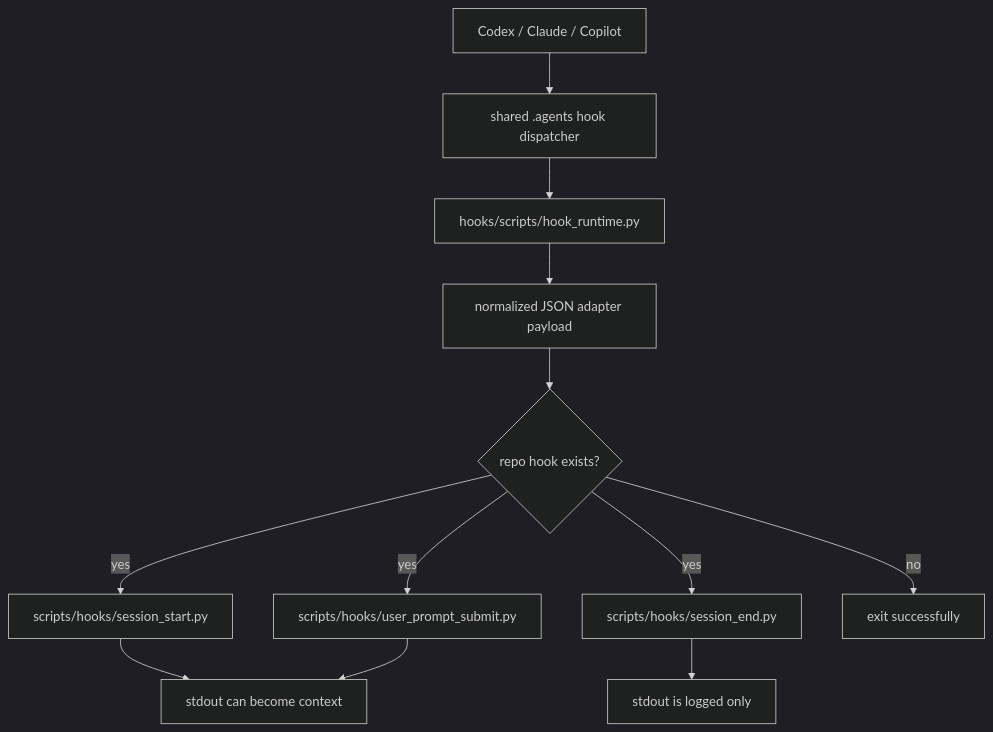
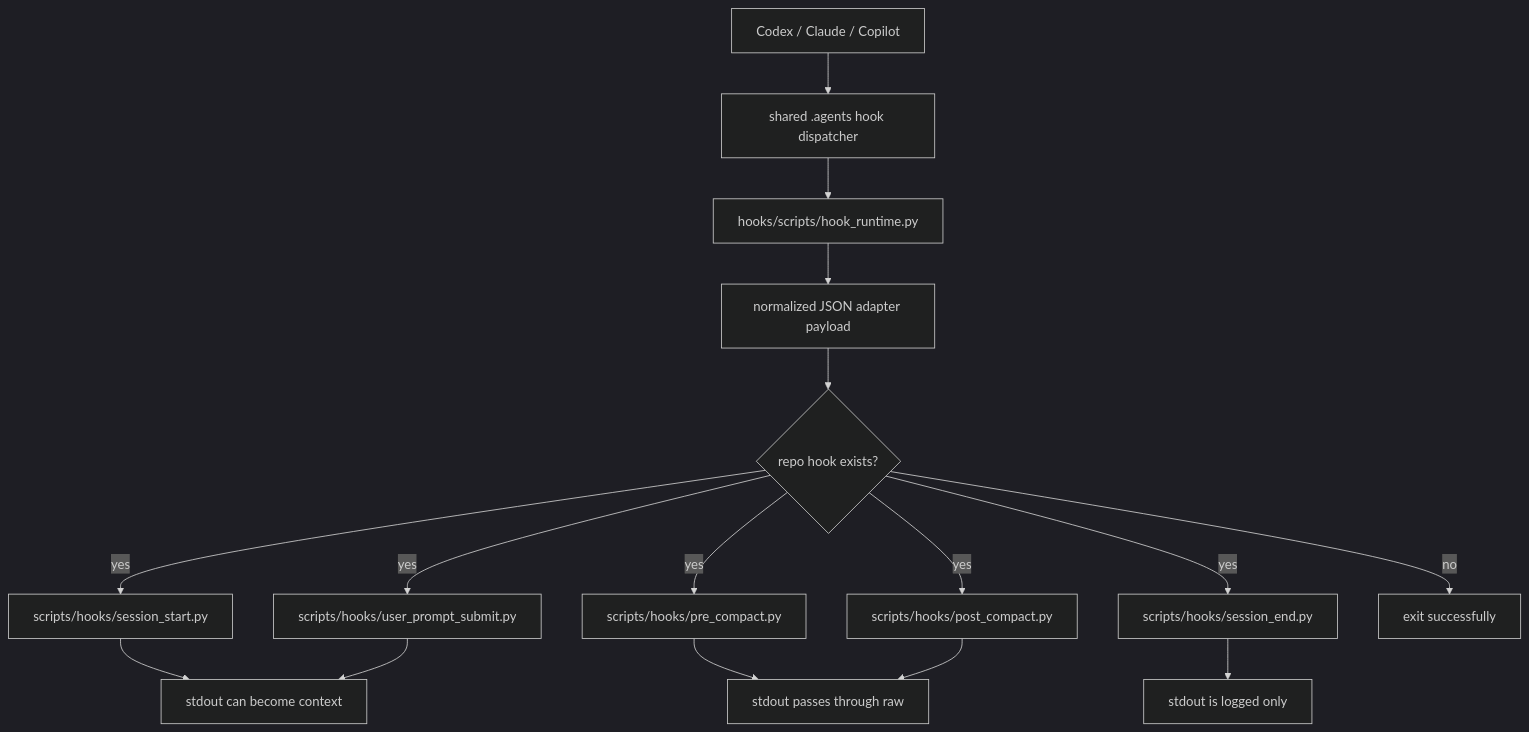
Before and after one commit to wisdom-in-a-nutshell/.agents: the diagram in docs/references/repo-lifecycle-hook-adapter.md, drawn with Mermaid (dark theme). The commit also changed other lines of this file and 13 other files, not shown here.

````diff
--- a/docs/references/repo-lifecycle-hook-adapter.md
+++ b/docs/references/repo-lifecycle-hook-adapter.md
@@ -8,14 +8,18 @@
 ```mermaid
 flowchart TD
     A[Codex / Claude / Copilot] --> B[shared .agents hook dispatcher]
     B --> C[hooks/scripts/hook_runtime.py]
     C --> D[normalized JSON adapter payload]
     D --> E{repo hook exists?}
     E -->|yes| F[scripts/hooks/session_start.py]
     E -->|yes| G[scripts/hooks/user_prompt_submit.py]
-    E -->|yes| H[scripts/hooks/session_end.py]
-    E -->|no| I[exit successfully]
+    E -->|yes| H[scripts/hooks/pre_compact.py]
+    E -->|yes| I[scripts/hooks/post_compact.py]
+    E -->|yes| K[scripts/hooks/session_end.py]
+    E -->|no| N[exit successfully]
     F --> J[stdout can become context]
     G --> J
-    H --> K[stdout is logged only]
+    H --> L[stdout passes through raw]
+    I --> L
+    K --> M[stdout is logged only]
 ```
````
